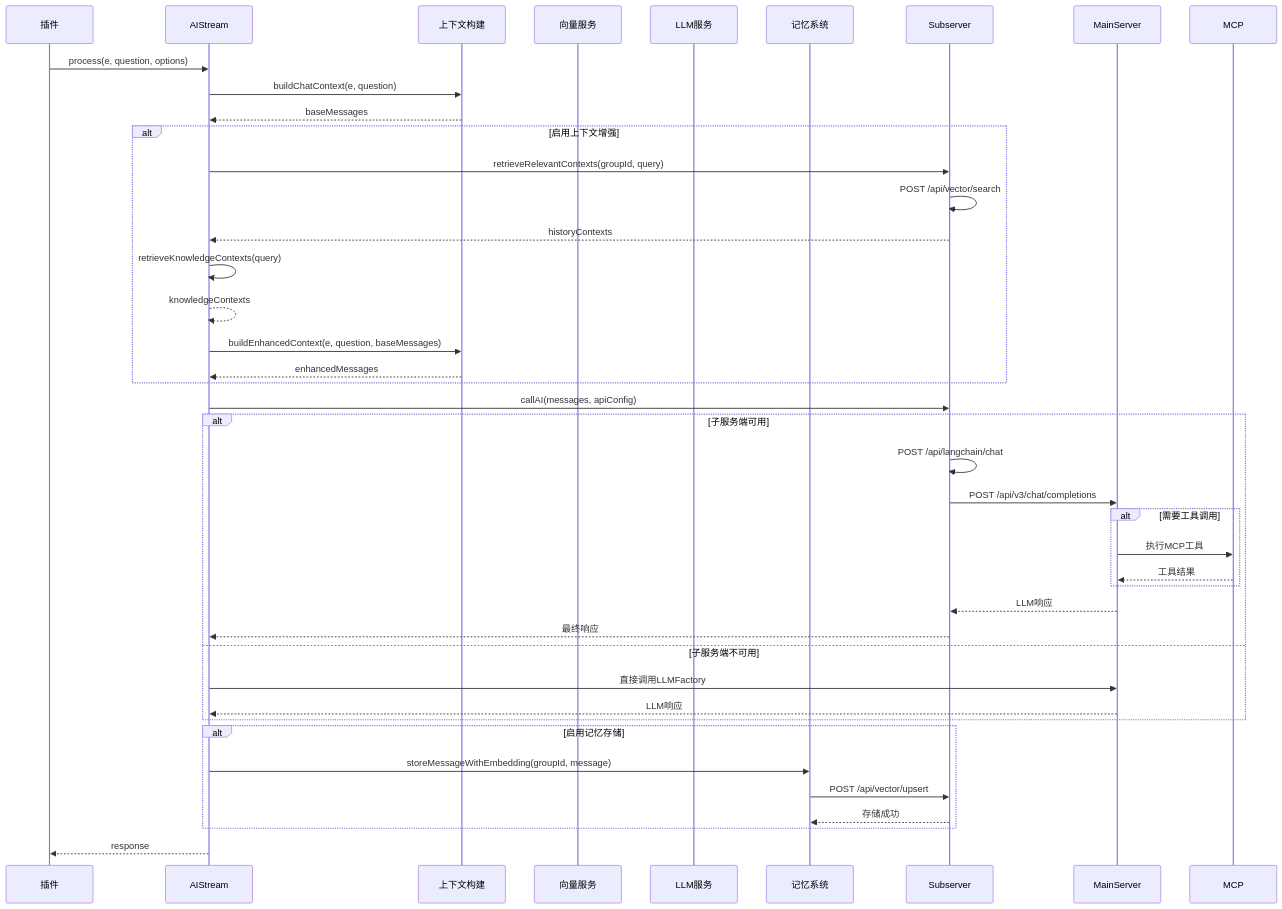
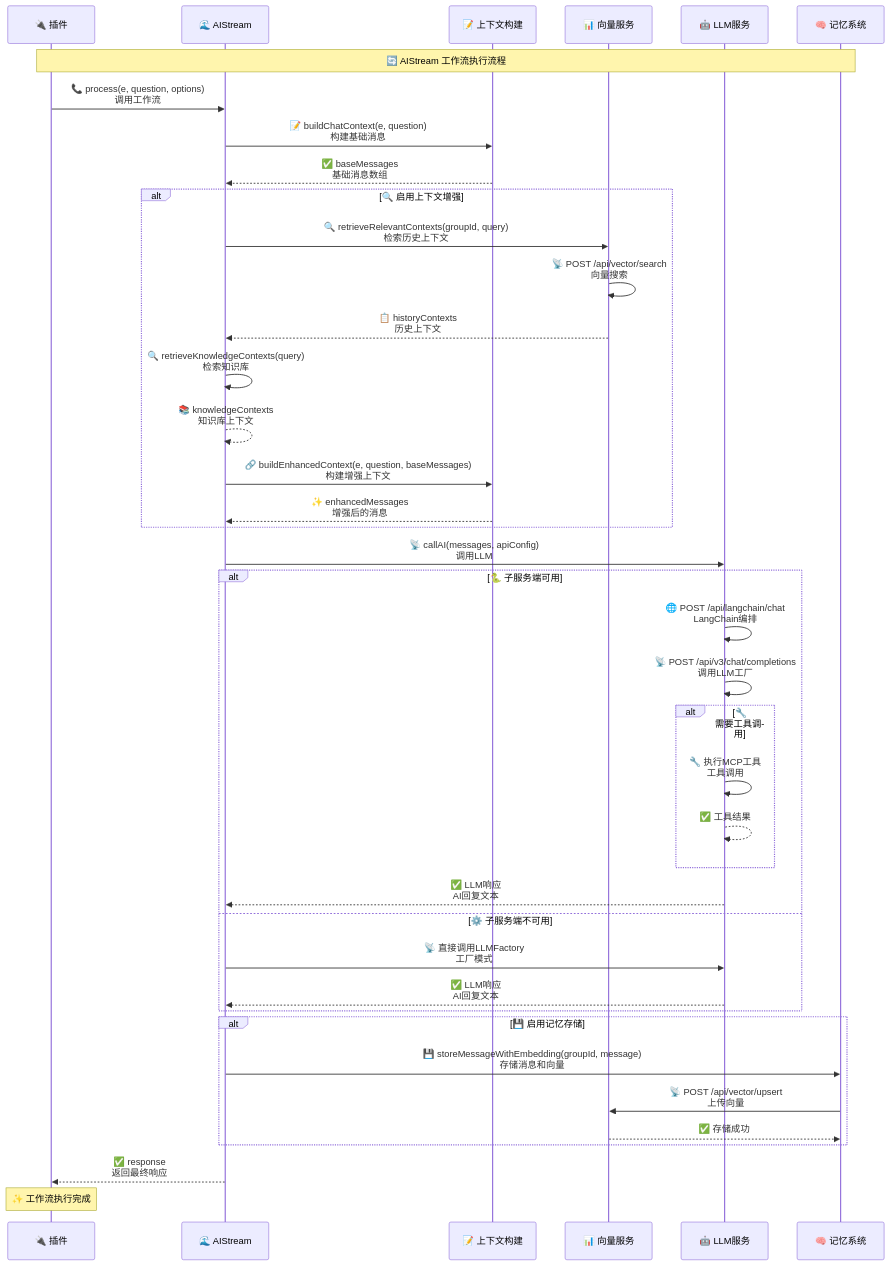
Before and after one commit to sunflowermm/XRK-AGT: the second of 5 diagrams in docs/aistream.md, drawn with Mermaid. The commit also changed other lines of this file and 12 other files, not shown here.

````diff
--- a/docs/aistream.md
+++ b/docs/aistream.md
@@ -76,46 +85,50 @@
 ```mermaid
 sequenceDiagram
-    participant Plugin as 插件
-    participant Stream as AIStream
-    participant Context as 上下文构建
-    participant Vector as 向量服务
-    participant LLM as LLM服务
-    participant Memory as 记忆系统
+    participant Plugin as 🔌 插件
+    participant Stream as 🌊 AIStream
+    participant Context as 📝 上下文构建
+    participant Vector as 📊 向量服务
+    participant LLM as 🤖 LLM服务
+    participant Memory as 🧠 记忆系统
     
-    Plugin->>Stream: process(e, question, options)
-    Stream->>Context: buildChatContext(e, question)
-    Context-->>Stream: baseMessages
+    Note over Plugin,Memory: 🔄 AIStream 工作流执行流程
     
-    alt 启用上下文增强
-        Stream->>Subserver: retrieveRelevantContexts(groupId, query)
-        Subserver->>Subserver: POST /api/vector/search
-        Subserver-->>Stream: historyContexts
-        Stream->>Stream: retrieveKnowledgeContexts(query)
-        Stream-->>Stream: knowledgeContexts
-        Stream->>Context: buildEnhancedContext(e, question, baseMessages)
-        Context-->>Stream: enhancedMessages
+    Plugin->>Stream: 📞 process(e, question, options)<br/>调用工作流
+    Stream->>Context: 📝 buildChatContext(e, question)<br/>构建基础消息
+    Context-->>Stream: ✅ baseMessages<br/>基础消息数组
+    
+    alt 🔍 启用上下文增强
+        Stream->>Vector: 🔍 retrieveRelevantContexts(groupId, query)<br/>检索历史上下文
+        Vector->>Vector: 📡 POST /api/vector/search<br/>向量搜索
+        Vector-->>Stream: 📋 historyContexts<br/>历史上下文
+        Stream->>Stream: 🔍 retrieveKnowledgeContexts(query)<br/>检索知识库
+        Stream-->>Stream: 📚 knowledgeContexts<br/>知识库上下文
+        Stream->>Context: 🔗 buildEnhancedContext(e, question, baseMessages)<br/>构建增强上下文
+        Context-->>Stream: ✨ enhancedMessages<br/>增强后的消息
     end
     
-    Stream->>Subserver: callAI(messages, apiConfig)
-    alt 子服务端可用
-        Subserver->>Subserver: POST /api/langchain/chat
-        Subserver->>MainServer: POST /api/v3/chat/completions
-        alt 需要工具调用
-            MainServer->>MCP: 执行MCP工具
-            MCP-->>MainServer: 工具结果
+    Stream->>LLM: 📡 callAI(messages, apiConfig)<br/>调用LLM
+    
+    alt 🐍 子服务端可用
+        LLM->>LLM: 🌐 POST /api/langchain/chat<br/>LangChain编排
+        LLM->>LLM: 📡 POST /api/v3/chat/completions<br/>调用LLM工厂
+        alt 🔧 需要工具调用
+            LLM->>LLM: 🔧 执行MCP工具<br/>工具调用
+            LLM-->>LLM: ✅ 工具结果
         end
-        MainServer-->>Subserver: LLM响应
-        Subserver-->>Stream: 最终响应
-    else 子服务端不可用
-        Stream->>MainServer: 直接调用LLMFactory
-        MainServer-->>Stream: LLM响应
+        LLM-->>Stream: ✅ LLM响应<br/>AI回复文本
+    else ⚙️ 子服务端不可用
+        Stream->>LLM: 📡 直接调用LLMFactory<br/>工厂模式
+        LLM-->>Stream: ✅ LLM响应<br/>AI回复文本
     end
     
-    alt 启用记忆存储
-        Stream->>Memory: storeMessageWithEmbedding(groupId, message)
-        Memory->>Subserver: POST /api/vector/upsert
-        Subserver-->>Memory: 存储成功
+    alt 💾 启用记忆存储
+        Stream->>Memory: 💾 storeMessageWithEmbedding(groupId, message)<br/>存储消息和向量
+        Memory->>Vector: 📡 POST /api/vector/upsert<br/>上传向量
+        Vector-->>Memory: ✅ 存储成功
     end
     
-    Stream-->>Plugin: response
+    Stream-->>Plugin: ✅ response<br/>返回最终响应
+    
+    Note over Plugin: ✨ 工作流执行完成
 ```
````
